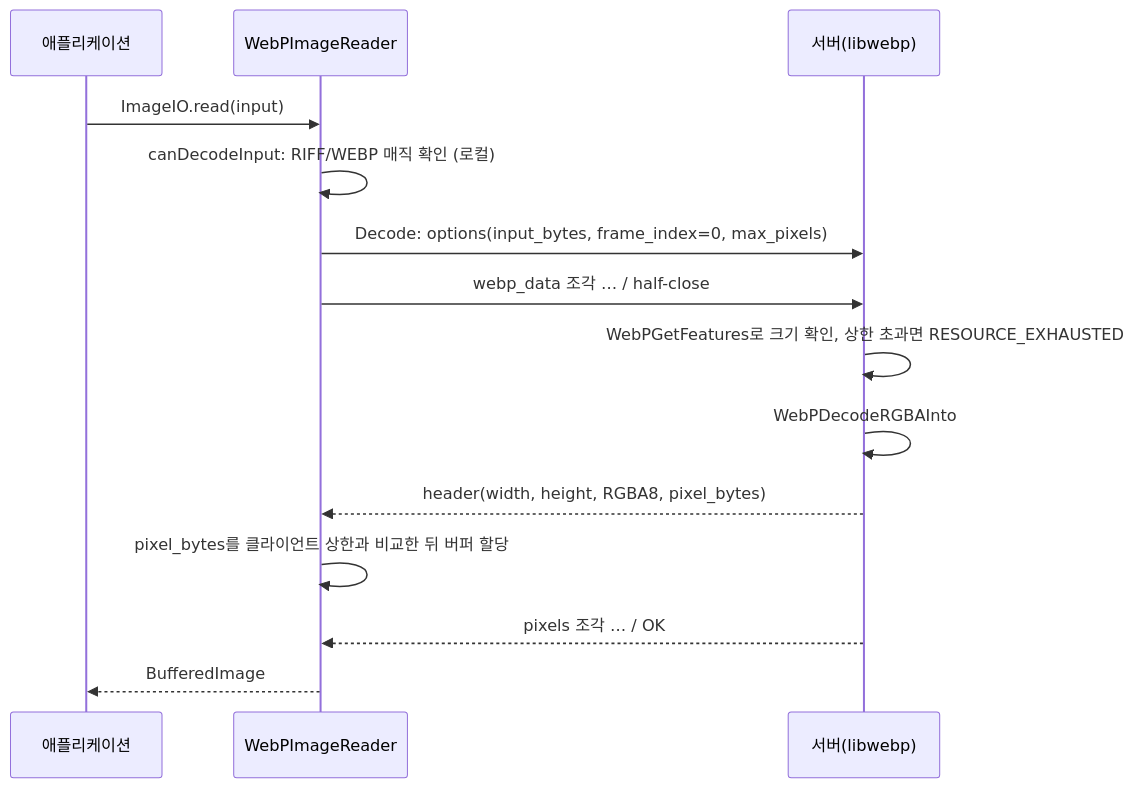
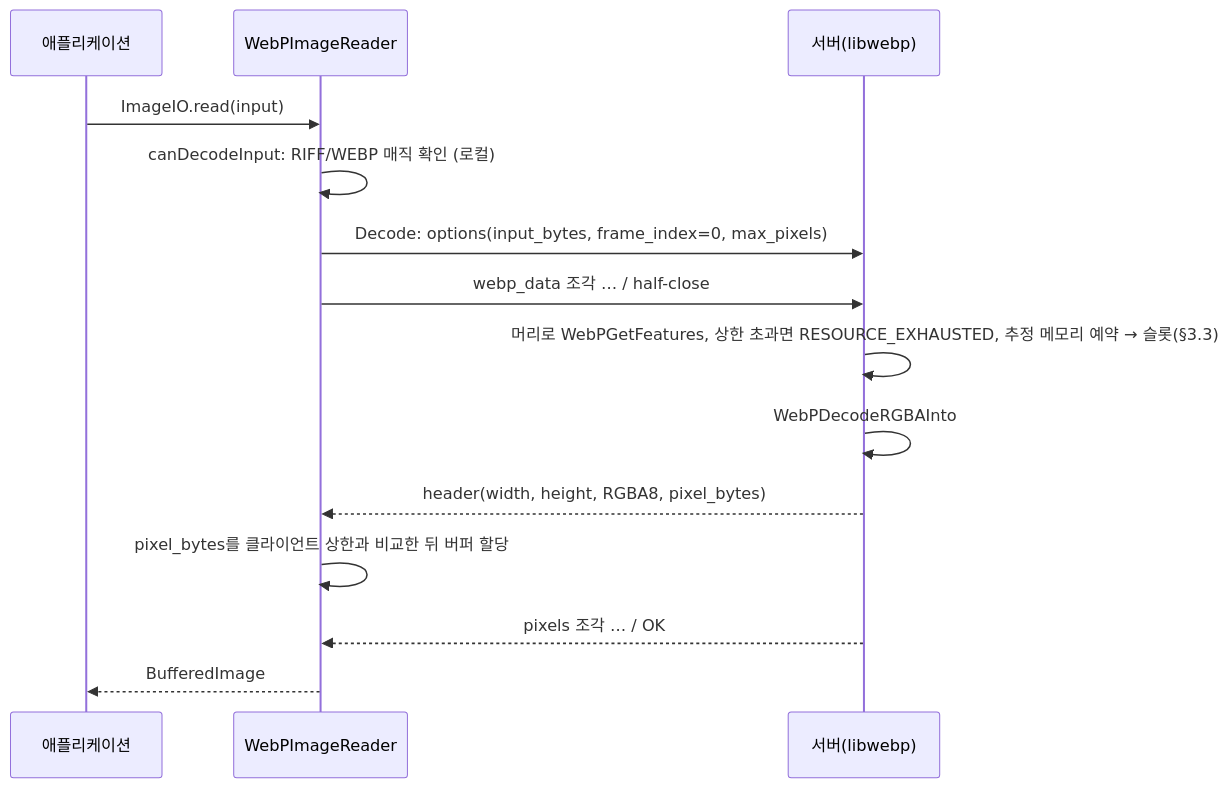
One commit to rivergod/webp-sidecar changed the diagram in docs/design/grpc-api.md. Above: the diagram before and after it, drawn with Mermaid. The commit also changed other lines of this file and 8 other files, not shown here.

````diff
--- a/docs/design/grpc-api.md
+++ b/docs/design/grpc-api.md
@@ -47,16 +47,16 @@
 ```mermaid
 sequenceDiagram
     participant App as 애플리케이션
     participant R as WebPImageReader
     participant S as 서버(libwebp)
     App->>R: ImageIO.read(input)
     R->>R: canDecodeInput: RIFF/WEBP 매직 확인 (로컬)
     R->>S: Decode: options(input_bytes, frame_index=0, max_pixels)
     R->>S: webp_data 조각 … / half-close
-    S->>S: WebPGetFeatures로 크기 확인, 상한 초과면 RESOURCE_EXHAUSTED
+    S->>S: 머리로 WebPGetFeatures, 상한 초과면 RESOURCE_EXHAUSTED, 추정 메모리 예약 → 슬롯(§3.3)
     S->>S: WebPDecodeRGBAInto
     S-->>R: header(width, height, RGBA8, pixel_bytes)
     R->>R: pixel_bytes를 클라이언트 상한과 비교한 뒤 버퍼 할당
     S-->>R: pixels 조각 … / OK
     R-->>App: BufferedImage
 ```
````
